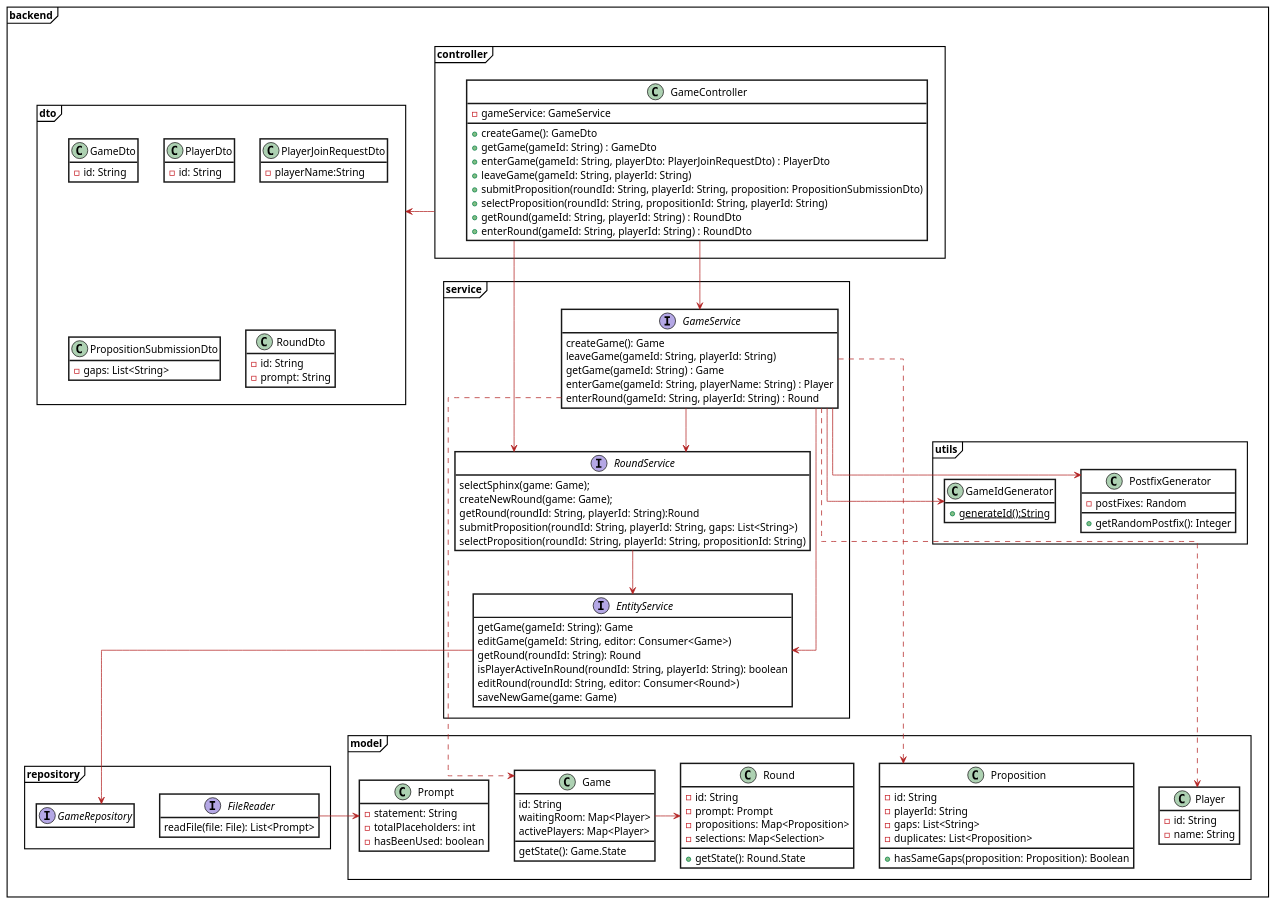
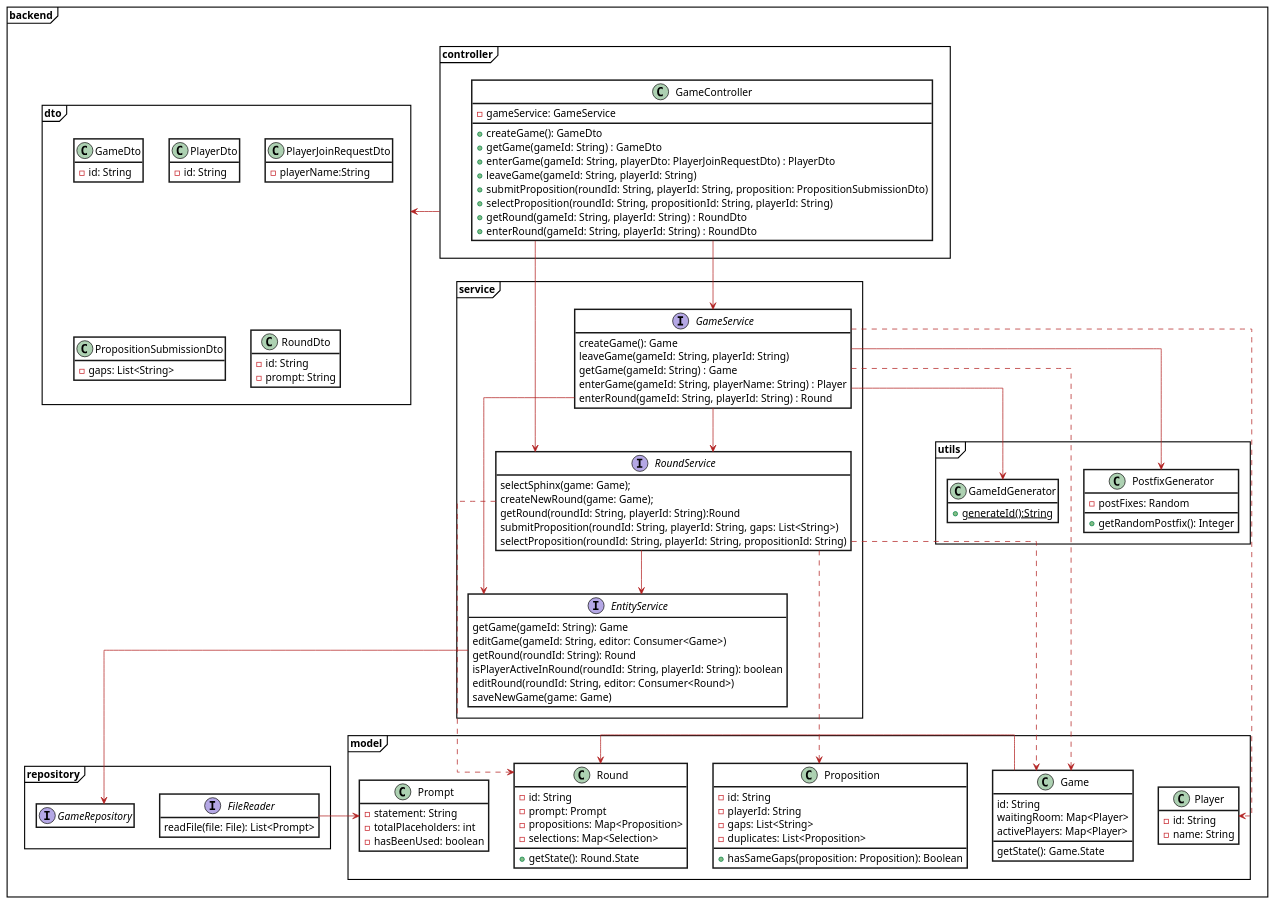
The diagram in docs/diagrams/DCD_full.plantuml (patrickwinti/worldwidewalter), drawn with PlantUML before and after one commit. The commit also changed 2 other files, not shown here.

Commit message:
[WWW-59] submit proposition

```diff
--- a/docs/diagrams/DCD_full.plantuml
+++ b/docs/diagrams/DCD_full.plantuml
@@ -1,142 +1,145 @@
 @startuml
 skinparam class {
     BackgroundColor white
     ArrowColor Firebrick
     BorderThickness 2
 }
 skinparam Note{
     BorderColor #FFD966
     BackgroundColor #FFD966
 }
 skinparam roundcorner 0
 skinparam packagestyle Frame
 hide empty members
 'left to right direction
 skinparam linetype ortho
 
 package backend{
     package controller {
         class GameController {
             -gameService: GameService
             +createGame(): GameDto
             +getGame(gameId: String) : GameDto
             +enterGame(gameId: String, playerDto: PlayerJoinRequestDto) : PlayerDto
             +leaveGame(gameId: String, playerId: String)
             +submitProposition(roundId: String, playerId: String, proposition: PropositionSubmissionDto)
             +selectProposition(roundId: String, propositionId: String, playerId: String)
             +getRound(gameId: String, playerId: String) : RoundDto
             +enterRound(gameId: String, playerId: String) : RoundDto
         }
     }
     package dto {
         class GameDto {
            -id: String
         }
         class PlayerDto {
            -id: String
         }
         class PlayerJoinRequestDto {
             -playerName:String
         }
         class PropositionSubmissionDto {
             -gaps: List<String>
         }
         class RoundDto {
             -id: String
             -prompt: String
         }
     }
     package model {
         class Game {
             id: String
             waitingRoom: Map<Player>
             activePlayers: Map<Player>
             getState(): Game.State
         }
         class Prompt{
             -statement: String
             -totalPlaceholders: int
             -hasBeenUsed: boolean
         }
         class Proposition{
             -id: String
             -playerId: String
             -gaps: List<String>
             -duplicates: List<Proposition>
             +hasSameGaps(proposition: Proposition): Boolean
         }
         class Player {
               -id: String
               -name: String
         }
         class Round {
              -id: String
              -prompt: Prompt
              -propositions: Map<Proposition>
              -selections: Map<Selection>
              +getState(): Round.State
         }
     }
     package service {
         interface GameService{
            createGame(): Game
            leaveGame(gameId: String, playerId: String)
            getGame(gameId: String) : Game
            enterGame(gameId: String, playerName: String) : Player
            enterRound(gameId: String, playerId: String) : Round
         }
         interface RoundService{
             selectSphinx(game: Game);
             createNewRound(game: Game);
             getRound(roundId: String, playerId: String):Round
             submitProposition(roundId: String, playerId: String, gaps: List<String>)
             selectProposition(roundId: String, playerId: String, propositionId: String)
         }
         interface EntityService{
             getGame(gameId: String): Game
             editGame(gameId: String, editor: Consumer<Game>)
             getRound(roundId: String): Round
             isPlayerActiveInRound(roundId: String, playerId: String): boolean
             editRound(roundId: String, editor: Consumer<Round>)
             saveNewGame(game: Game)
         }
     }
     package repository {
         interface GameRepository
          interface FileReader{
-                readFile(file: File): List<Prompt>
+              readFile(file: File): List<Prompt>
          }
     }
 
     package utils{
         class PostfixGenerator {
             -postFixes: Random
             +getRandomPostfix(): Integer
         }
 
         class GameIdGenerator {
             +generateId():String{static}
         }
     }
 }
 
-    controller ->dto
-    GameController -> RoundService
-    GameController --> GameService
+controller ->dto
 
-    GameService ..> Game
-    GameService ..> Player
-    GameService --> EntityService
-    GameService ..> Proposition
-    GameService --> PostfixGenerator
-    GameService --> GameIdGenerator
-    GameService --> RoundService
+GameController -> RoundService
+GameController --> GameService
 
-    EntityService --> GameRepository
+GameService ..> Game
+GameService ..> Player
+GameService --> EntityService
+GameService --> PostfixGenerator
+GameService --> GameIdGenerator
+GameService --> RoundService
 
-    RoundService --> EntityService
+RoundService ..>Game
+RoundService ..>Round
+RoundService ..> Proposition
+RoundService --> EntityService
 
-    FileReader -> Prompt
+EntityService --> GameRepository
 
-    Game -> Round
+FileReader -> Prompt
+
+Game -> Round
 @enduml
```
